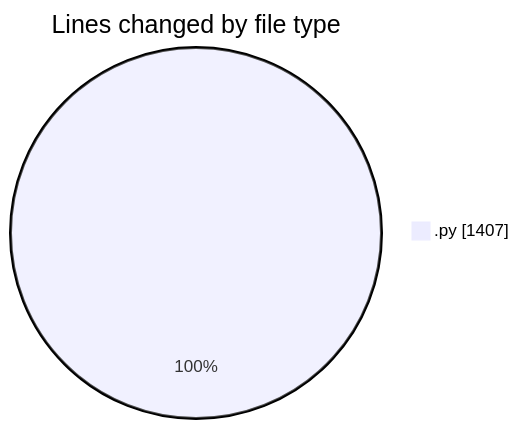
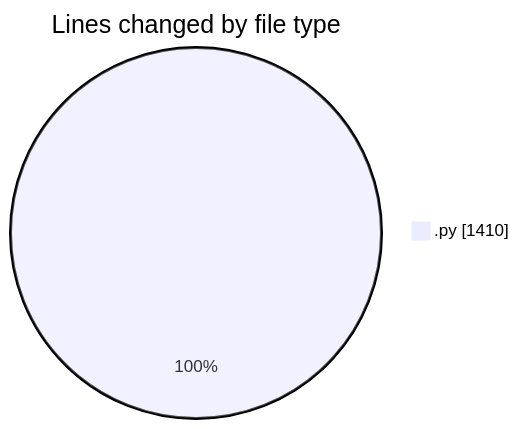
Before and after one commit to MatusMokan/code-tracking: the first of 2 diagrams in 2025-03-18/myws__workspace_/README.md, drawn with Mermaid. The commit also changed other lines of this file and 1 other file, not shown here.

````diff
--- a/2025-03-18/myws__workspace_/README.md
+++ b/2025-03-18/myws__workspace_/README.md
@@ -25,5 +25,5 @@
 ```mermaid
 pie showData
 title Lines changed by file type
-".py" : 1407
+".py" : 1410
 ```
````
